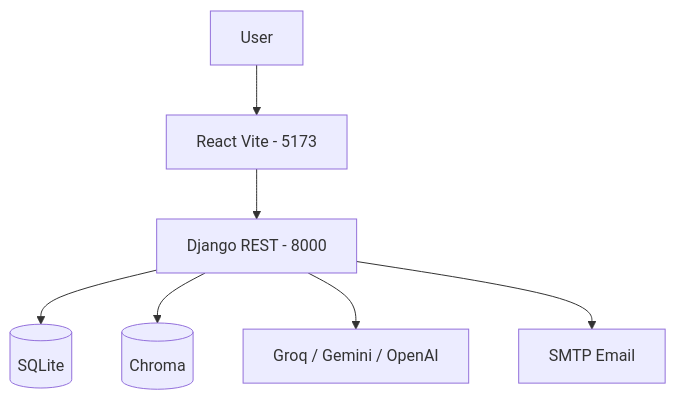
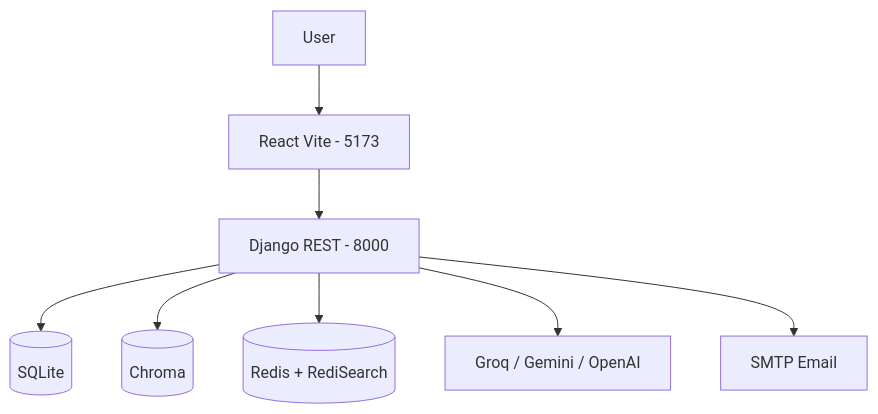
One commit to 9bishal/Enterprise-Document-Intelligence-System- changed the first of 7 diagrams in HLD.md. Above: the diagram before and after it, drawn with Mermaid. The commit also changed other lines of this file and 4 other files, not shown here.

````diff
--- a/HLD.md
+++ b/HLD.md
@@ -7,9 +7,10 @@
 ```mermaid
 graph TB
     U[User] --> FE[React Vite - 5173]
     FE --> BE[Django REST - 8000]
     BE --> DB[(SQLite)]
     BE --> VS[(Chroma)]
+    BE --> RC[(Redis + RediSearch)]
     BE --> LLM[Groq / Gemini / OpenAI]
     BE --> SMTP[SMTP Email]
 ```
````
